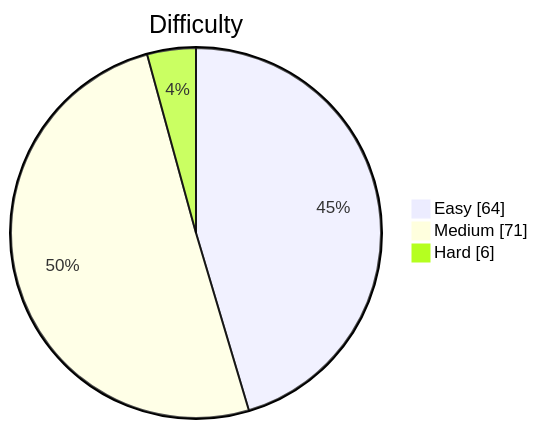
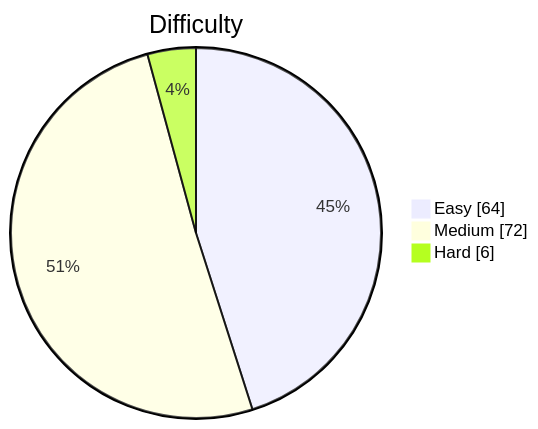
One commit to kevstevie/python-algo-practice changed the diagram in README.md. Above: the diagram before and after it, drawn with Mermaid. The commit also changed other lines of this file, not shown here.

````diff
--- a/README.md
+++ b/README.md
@@ -13,7 +13,7 @@
 ```mermaid
 pie showData
     title Difficulty
     "Easy"   : 64
-    "Medium" : 71
+    "Medium" : 72
     "Hard"   : 6
 ```
````
